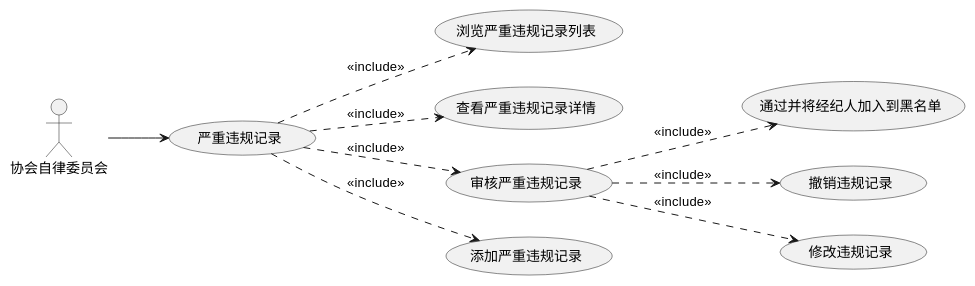
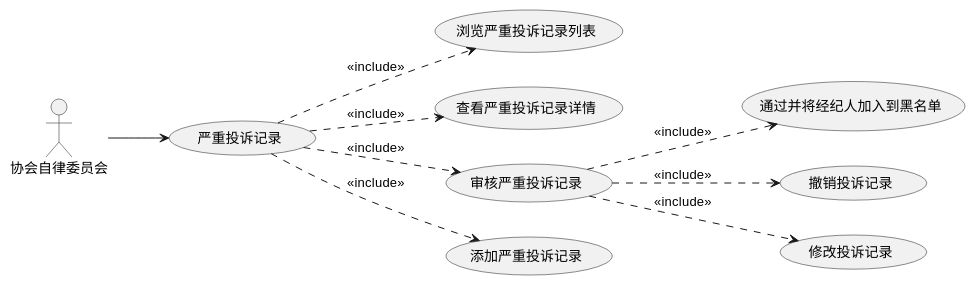
One commit to evildoerX/hyperledger-credit changed the third of 12 diagrams in docs/credit/README.md. Above: the diagram before and after it, drawn with PlantUML. The commit also changed other lines of this file, not shown here.

```diff
--- a/docs/credit/README.md
+++ b/docs/credit/README.md
@@ -269,11 +274,11 @@
 @startuml
 left to right direction
-协会自律委员会 --> (严重违规记录)
-(严重违规记录) ..> (浏览严重违规记录列表): <<include>>
-(严重违规记录) ..> (查看严重违规记录详情): <<include>>
-(严重违规记录) ..> (审核严重违规记录): <<include>>
-(审核严重违规记录) ..> (通过并将经纪人加入到黑名单): <<include>>
-(审核严重违规记录) ..> (撤销违规记录): <<include>>
-(审核严重违规记录) ..> (修改违规记录): <<include>>
-(严重违规记录) ..> (添加严重违规记录): <<include>>
+协会自律委员会 --> (严重投诉记录)
+(严重投诉记录) ..> (浏览严重投诉记录列表): <<include>>
+(严重投诉记录) ..> (查看严重投诉记录详情): <<include>>
+(严重投诉记录) ..> (审核严重投诉记录): <<include>>
+(审核严重投诉记录) ..> (通过并将经纪人加入到黑名单): <<include>>
+(审核严重投诉记录) ..> (撤销投诉记录): <<include>>
+(审核严重投诉记录) ..> (修改投诉记录): <<include>>
+(严重投诉记录) ..> (添加严重投诉记录): <<include>>
 @enduml
```
